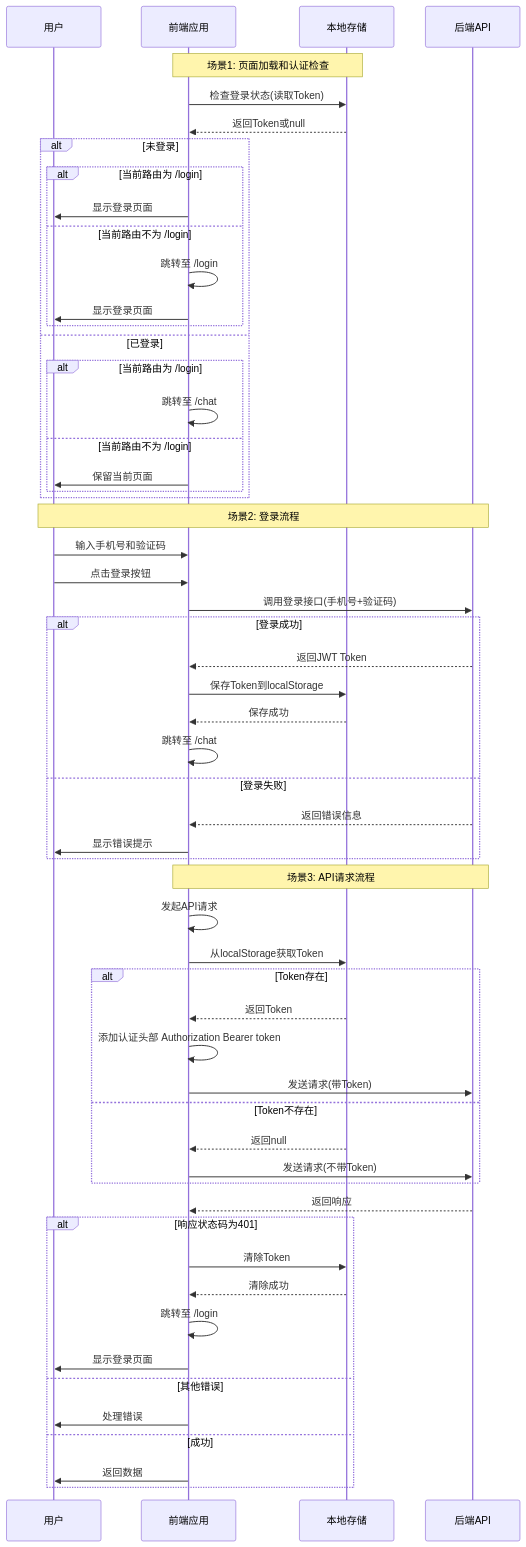
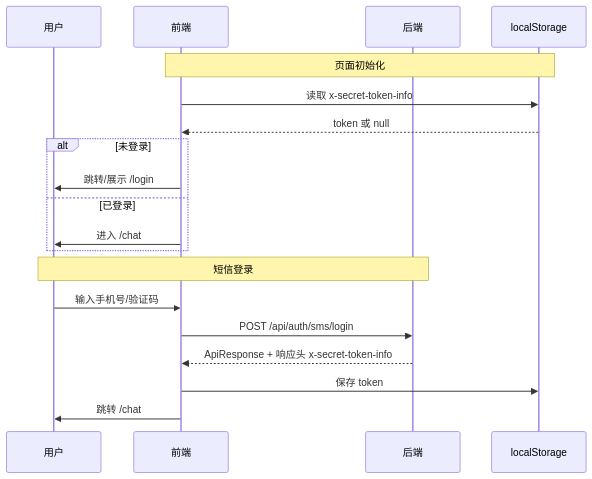
One commit to wuhonglei/chat-agent changed the first of 2 diagrams in docs/认证流程.md. Above: the diagram before and after it, drawn with Mermaid. The commit also changed other lines of this file and 22 other files, not shown here.

````diff
--- a/docs/认证流程.md
+++ b/docs/认证流程.md
@@ -5,67 +17,24 @@
 ```mermaid
 sequenceDiagram
     participant User as 用户
-    participant Frontend as 前端应用
-    participant Storage as 本地存储
-    participant Backend as 后端API
+    participant FE as 前端
+    participant BE as 后端
+    participant LS as localStorage
 
-    Note over Frontend,Storage: 场景1: 页面加载和认证检查
-    Frontend->>Storage: 检查登录状态(读取Token)
-    Storage-->>Frontend: 返回Token或null
+    Note over FE,LS: 页面初始化
+    FE->>LS: 读取 x-secret-token-info
+    LS-->>FE: token 或 null
 
     alt 未登录
-        alt 当前路由为 /login
-            Frontend->>User: 显示登录页面
-        else 当前路由不为 /login
-            Frontend->>Frontend: 跳转至 /login
-            Frontend->>User: 显示登录页面
-        end
+        FE->>User: 跳转/展示 /login
     else 已登录
-        alt 当前路由为 /login
-            Frontend->>Frontend: 跳转至 /chat
-        else 当前路由不为 /login
-            Frontend->>User: 保留当前页面
-        end
+        FE->>User: 进入 /chat
     end
 
-    Note over User,Backend: 场景2: 登录流程
-    User->>Frontend: 输入手机号和验证码
-    User->>Frontend: 点击登录按钮
-    Frontend->>Backend: 调用登录接口(手机号+验证码)
-
-    alt 登录成功
-        Backend-->>Frontend: 返回JWT Token
-        Frontend->>Storage: 保存Token到localStorage
-        Storage-->>Frontend: 保存成功
-        Frontend->>Frontend: 跳转至 /chat
-    else 登录失败
-        Backend-->>Frontend: 返回错误信息
-        Frontend->>User: 显示错误提示
-    end
-
-    Note over Frontend,Backend: 场景3: API请求流程
-    Frontend->>Frontend: 发起API请求
-    Frontend->>Storage: 从localStorage获取Token
-
-    alt Token存在
-        Storage-->>Frontend: 返回Token
-        Frontend->>Frontend: 添加认证头部 Authorization Bearer token
-        Frontend->>Backend: 发送请求(带Token)
-    else Token不存在
-        Storage-->>Frontend: 返回null
-        Frontend->>Backend: 发送请求(不带Token)
-    end
-
-    Backend-->>Frontend: 返回响应
-
-    alt 响应状态码为401
-        Frontend->>Storage: 清除Token
-        Storage-->>Frontend: 清除成功
-        Frontend->>Frontend: 跳转至 /login
-        Frontend->>User: 显示登录页面
-    else 其他错误
-        Frontend->>User: 处理错误
-    else 成功
-        Frontend->>User: 返回数据
-    end
+    Note over User,BE: 短信登录
+    User->>FE: 输入手机号/验证码
+    FE->>BE: POST /api/auth/sms/login
+    BE-->>FE: ApiResponse + 响应头 x-secret-token-info
+    FE->>LS: 保存 token
+    FE->>User: 跳转 /chat
 ```
````
